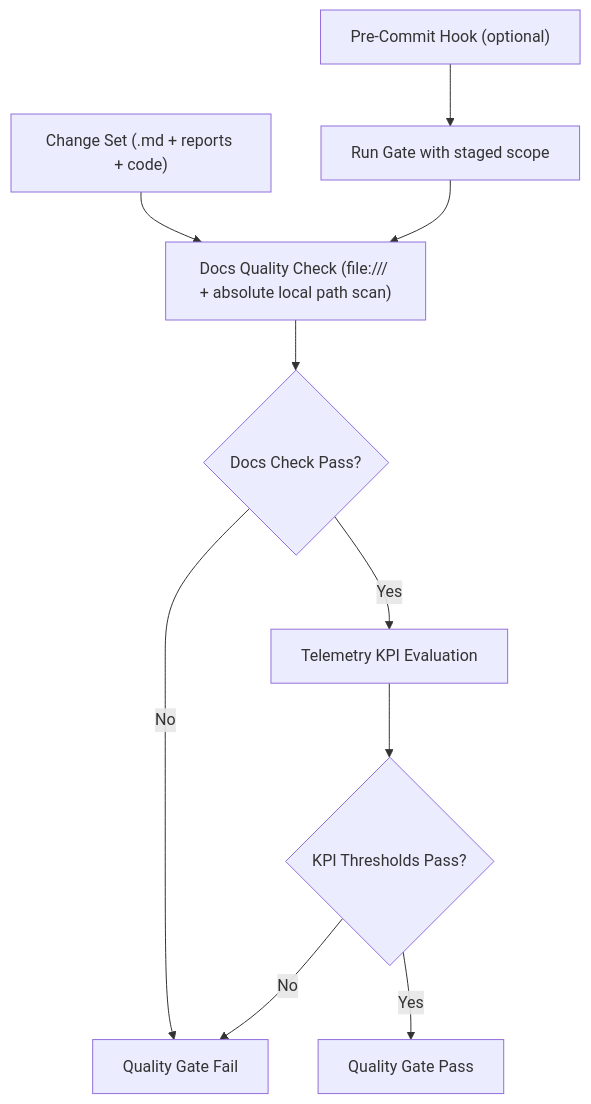
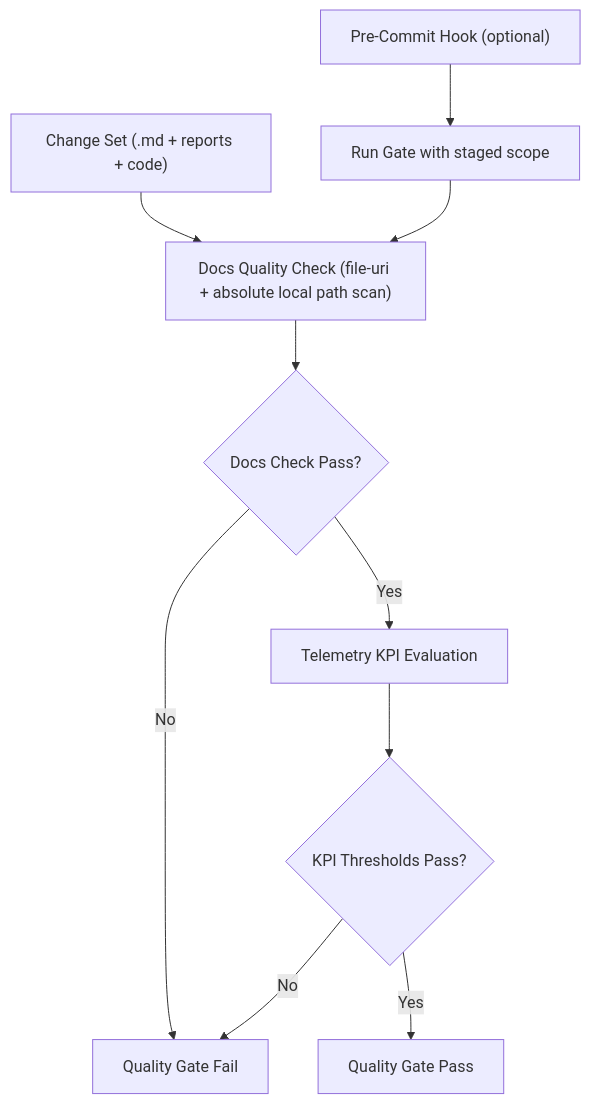
The third of 3 diagrams in portable-pai-core/README.md (akashagl92/Portfolio), drawn with Mermaid before and after one commit. The commit also changed 7 other files, not shown here.

Commit message:
docs(pai): fix documentation quality violations and absolute paths

````diff
--- a/portable-pai-core/README.md
+++ b/portable-pai-core/README.md
@@ -54,12 +54,12 @@
 ```mermaid
 flowchart TD
-    A["Change Set (.md + reports + code)"] --> B["Docs Quality Check (file:/// + absolute local path scan)"]
+    A["Change Set (.md + reports + code)"] --> B["Docs Quality Check (file-uri + absolute local path scan)"]
     B --> C{"Docs Check Pass?"}
     C -- "No" --> F1["Quality Gate Fail"]
     C -- "Yes" --> D["Telemetry KPI Evaluation"]
     D --> E{"KPI Thresholds Pass?"}
     E -- "No" --> F1
     E -- "Yes" --> G["Quality Gate Pass"]
     H["Pre-Commit Hook (optional)"] --> I["Run Gate with staged scope"]
     I --> B
 ```
````
